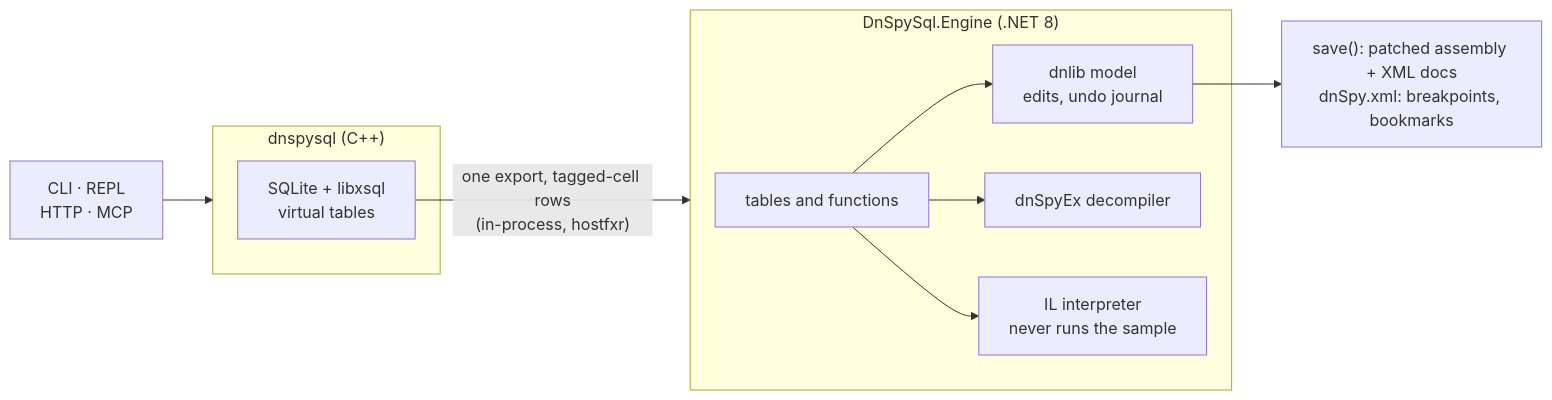
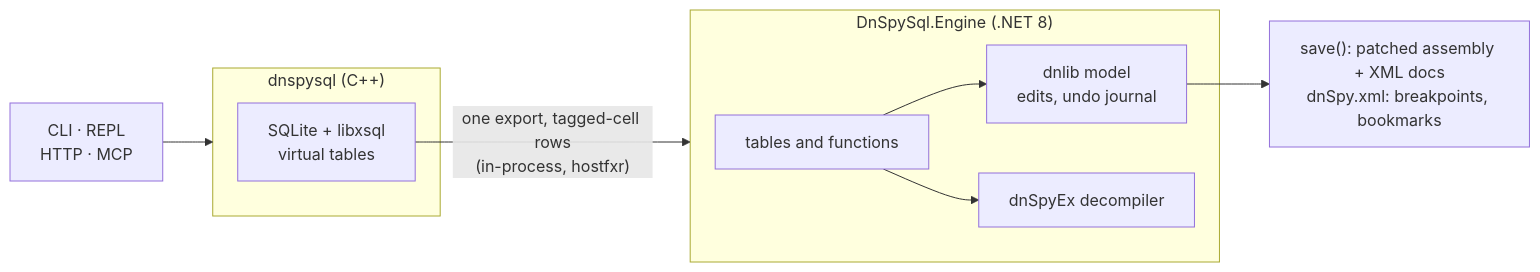
The diagram in README.md (rkn47/dnspysql), drawn with Mermaid before and after one commit. The commit also changed other lines of this file and 27 other files, not shown here.

First line of the commit message:
Remove what the schema cut left behind; add agent skills

````diff
--- a/README.md
+++ b/README.md
@@ -671,15 +662,14 @@
 ```mermaid
 flowchart LR
     FE["CLI · REPL<br/>HTTP · MCP"] --> HOST
     subgraph HOST["dnspysql (C++)"]
         SQL["SQLite + libxsql<br/>virtual tables"]
     end
     SQL -- "one export, tagged-cell rows<br/>(in-process, hostfxr)" --> ENG
     subgraph ENG["DnSpySql.Engine (.NET 8)"]
         TAB["tables and functions"]
         TAB --> MOD["dnlib model<br/>edits, undo journal"]
         TAB --> DEC["dnSpyEx decompiler"]
-        TAB --> EMU["IL interpreter<br/>never runs the sample"]
     end
     MOD --> OUT["save(): patched assembly + XML docs<br/>dnSpy.xml: breakpoints, bookmarks"]
 ```
````
